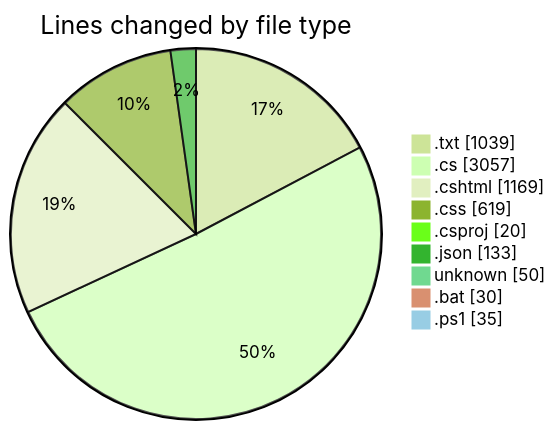
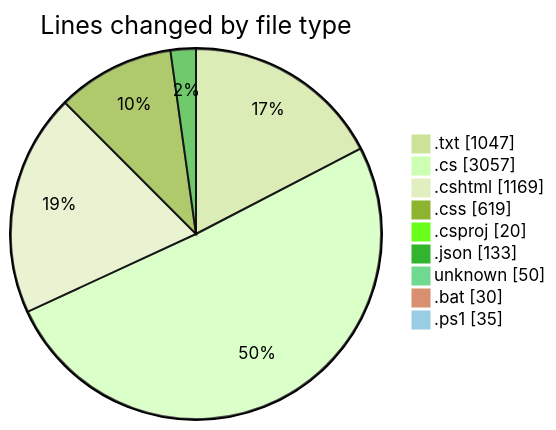
Before and after one commit to lephambinh05/code-tracking: the first of 2 diagrams in 2025-07-26/quanlyrapchieuphim-1/README.md, drawn with Mermaid (forest theme). The commit also changed other lines of this file and 1 other file, not shown here.

````diff
--- a/2025-07-26/quanlyrapchieuphim-1/README.md
+++ b/2025-07-26/quanlyrapchieuphim-1/README.md
@@ -37,13 +37,13 @@
 ```mermaid
 pie showData
 title Lines changed by file type
-".txt" : 1039
+".txt" : 1047
 ".cs" : 3057
 ".cshtml" : 1169
 ".css" : 619
 ".csproj" : 20
 ".json" : 133
 "unknown" : 50
 ".bat" : 30
 ".ps1" : 35
 ```
````
